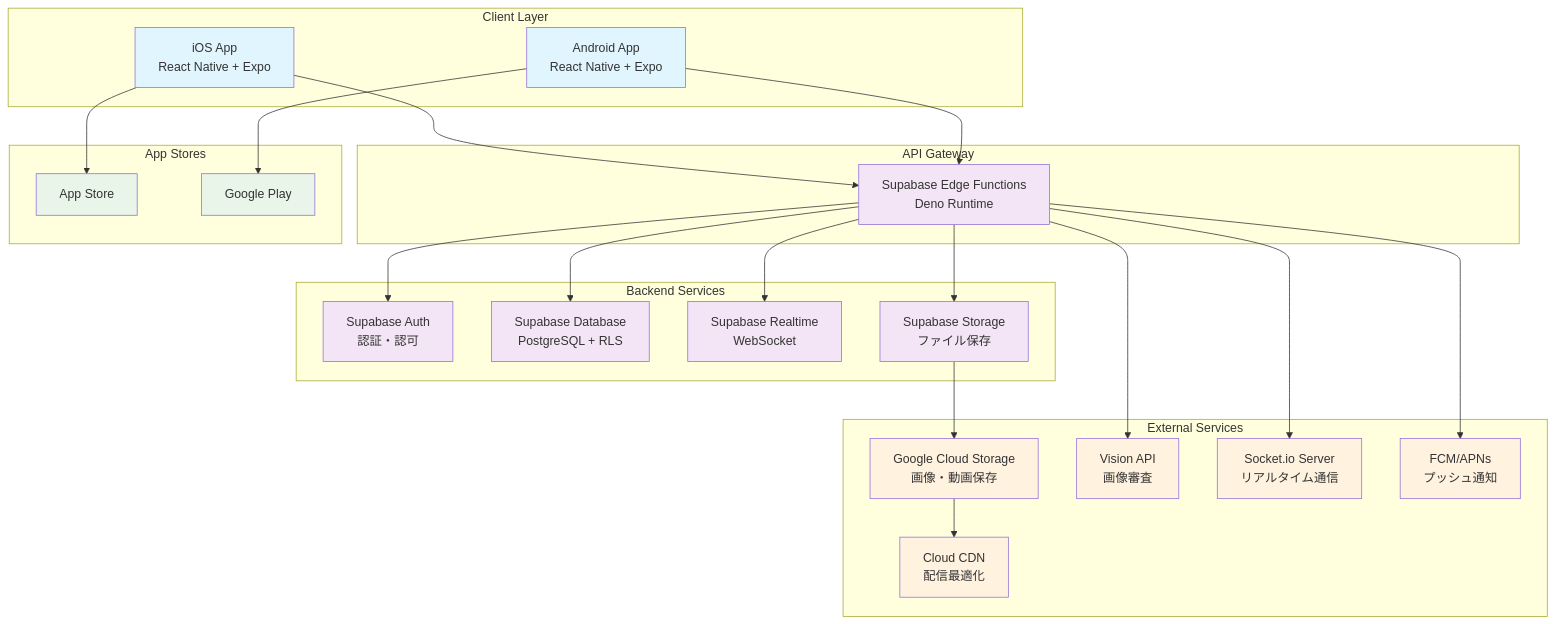
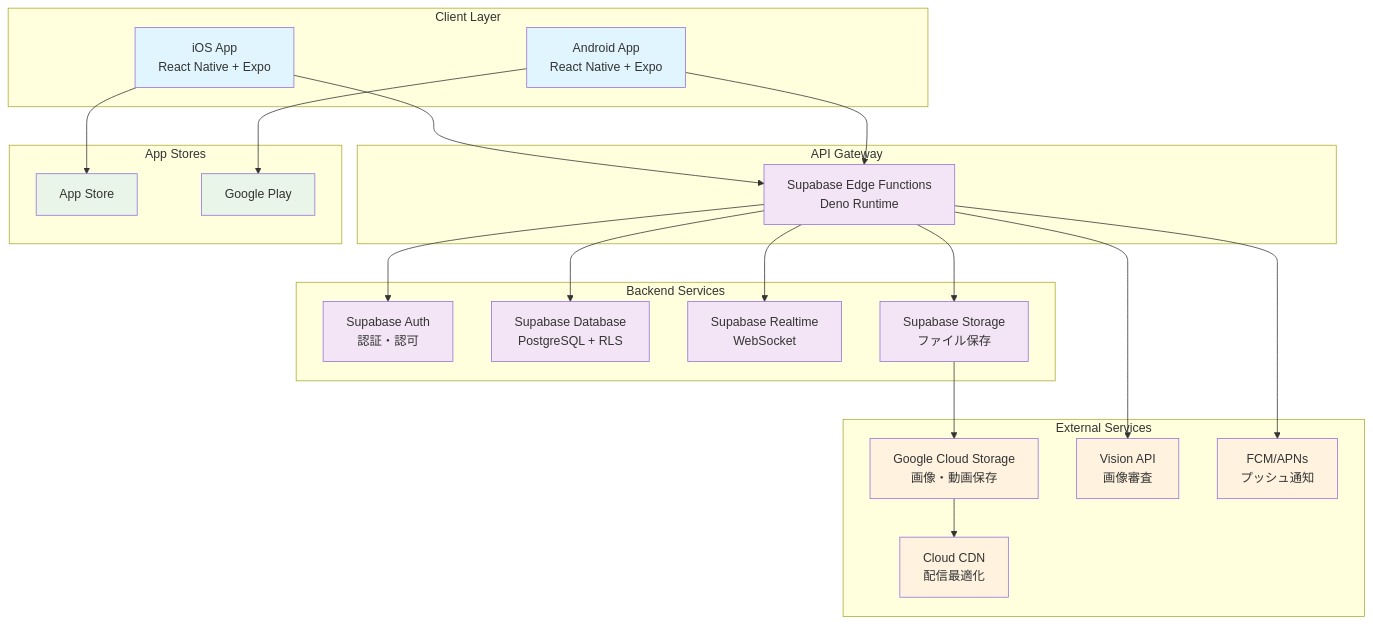
The diagram in 2_アーキテクチャ設計書.md (Lighthouse-projects/prototype1), drawn with Mermaid before and after one commit. The commit also changed other lines of this file, not shown here.

First line of the commit message:
アーキテクチャ設計書の簡素化（Socket.io削除）

````diff
--- a/2_アーキテクチャ設計書.md
+++ b/2_アーキテクチャ設計書.md
@@ -13,58 +13,56 @@
 ```mermaid
 graph TB
     subgraph "Client Layer"
         A[iOS App<br/>React Native + Expo]
         B[Android App<br/>React Native + Expo]
     end
     
     subgraph "API Gateway"
         C[Supabase Edge Functions<br/>Deno Runtime]
     end
     
     subgraph "Backend Services"
         D[Supabase Auth<br/>認証・認可]
         E[Supabase Database<br/>PostgreSQL + RLS]
         F[Supabase Realtime<br/>WebSocket]
         G[Supabase Storage<br/>ファイル保存]
     end
     
     subgraph "External Services"
         H[Google Cloud Storage<br/>画像・動画保存]
         I[Cloud CDN<br/>配信最適化]
         J[Vision API<br/>画像審査]
-        K[Socket.io Server<br/>リアルタイム通信]
         L[FCM/APNs<br/>プッシュ通知]
     end
     
     subgraph "App Stores"
         M[App Store]
         N[Google Play]
     end
     
     A --> C
     B --> C
     
     C --> D
     C --> E
     C --> F
     C --> G
     
     G --> H
     H --> I
     C --> J
-    C --> K
     C --> L
     
     A --> M
     B --> N
     
     classDef client fill:#e1f5fe
     classDef backend fill:#f3e5f5
     classDef external fill:#fff3e0
     classDef store fill:#e8f5e8
     
     class A,B client
     class C,D,E,F,G backend
-    class H,I,J,K,L external
+    class H,I,J,L external
     class M,N store
 ```
````
